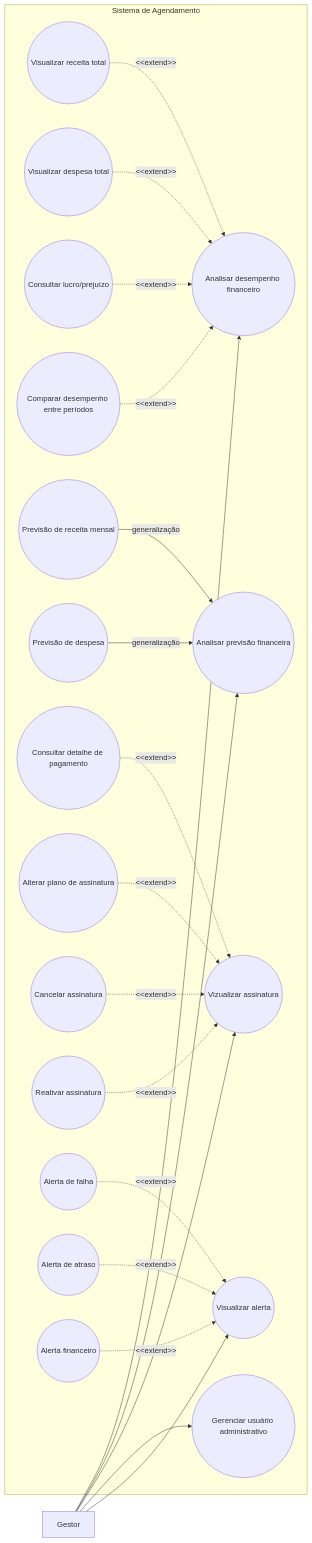
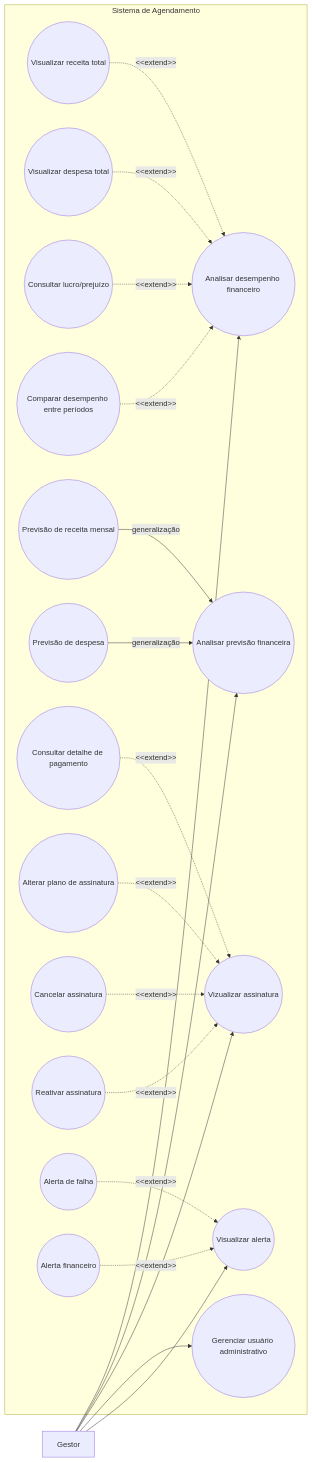
Before and after one commit to InsaneCaio/eng-soft-2026-1: the diagram in docs/casos de uso/gestor.md, drawn with Mermaid.

````diff
--- a/docs/casos de uso/gestor.md
+++ b/docs/casos de uso/gestor.md
@@ -18,63 +18,61 @@
 ```mermaid
 flowchart LR
     G[Gestor]
 
     subgraph Sistema de Agendamento
 
         %% Casos principais
         UC1((Analisar desempenho financeiro))
         UC3((Analisar previsão financeira))
         UC4((Vizualizar assinatura))
         UC6((Gerenciar usuário administrativo))
         UC7((Visualizar alerta))
 
         %% Subcasos - Financeiro
         UC1_1((Visualizar receita total))
         UC1_2((Visualizar despesa total))
         UC1_3((Consultar lucro/prejuízo))
         UC1_4((Comparar desempenho entre períodos))
 
         %% Subcasos - Previsões
         UC3_1((Previsão de receita mensal))
         UC3_2((Previsão de despesa))
 
         %% Subcasos - Assinaturas
         UC4_2((Consultar detalhe de pagamento))
         UC4_3((Alterar plano de assinatura))
         UC4_4((Cancelar assinatura))
         UC4_5((Reativar assinatura))
 
         %% Subcasos - Alertas
         UC7_1((Alerta de falha))
-        UC7_2((Alerta de atraso))
         UC7_3((Alerta financeiro))
 
     end
 
     %% Ligações com ator
     G --> UC1
     G --> UC3
     G --> UC4
     G --> UC6
     G --> UC7
 
     %% Generalização
     UC3_1 -->|generalização| UC3
     UC3_2 -->|generalização| UC3
 
     UC1_1 -.->|&lt;&lt;extend&gt;&gt;| UC1
     UC1_2 -.->|&lt;&lt;extend&gt;&gt;| UC1
     UC1_3 -.->|&lt;&lt;extend&gt;&gt;| UC1
     UC1_4 -.->|&lt;&lt;extend&gt;&gt;| UC1
 
     %% Alterações de assinatura são ações específicas
     UC4_2 -.->|&lt;&lt;extend&gt;&gt;| UC4
     UC4_3 -.->|&lt;&lt;extend&gt;&gt;| UC4
     UC4_4 -.->|&lt;&lt;extend&gt;&gt;| UC4
     UC4_5 -.->|&lt;&lt;extend&gt;&gt;| UC4
 
     %% Tipos de alertas (variações)
     UC7_1 -.->|&lt;&lt;extend&gt;&gt;| UC7
-    UC7_2 -.->|&lt;&lt;extend&gt;&gt;| UC7
     UC7_3 -.->|&lt;&lt;extend&gt;&gt;| UC7
 ```
````
